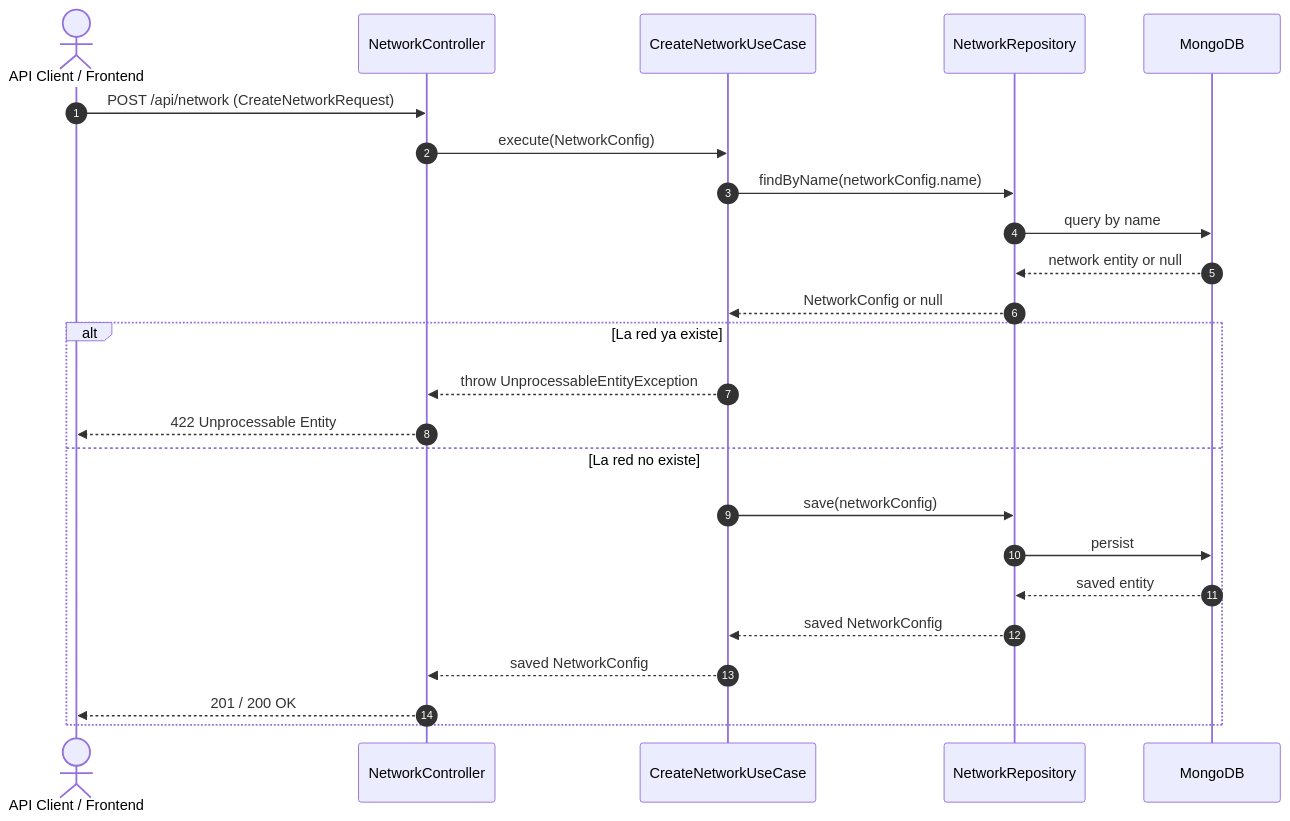
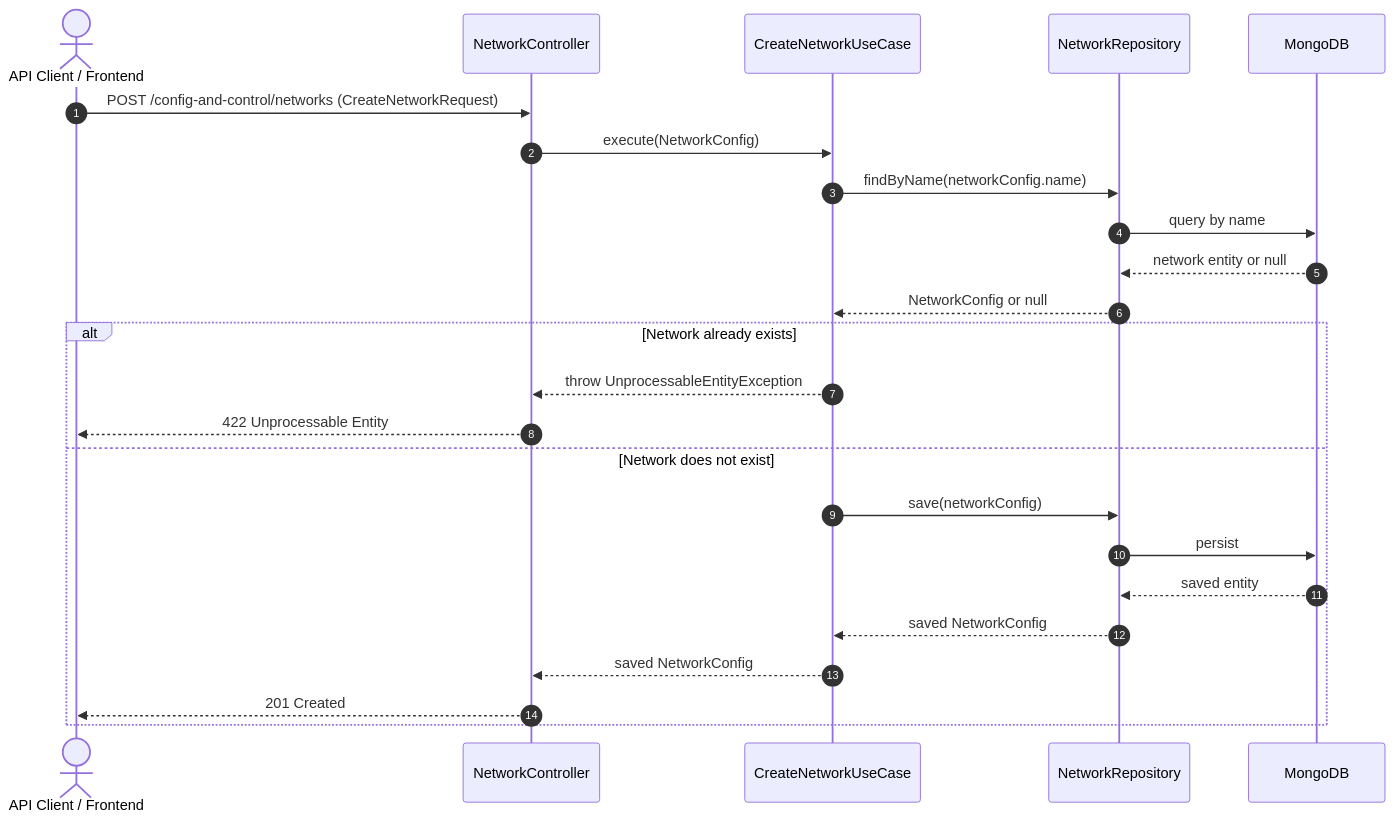
The diagram in .agents/use_cases/CreateNetworkUseCase.md (Biopatternsg-ms/config-and-control), drawn with Mermaid before and after one commit. The commit also changed other lines of this file and 16 other files, not shown here.

````diff
--- a/.agents/use_cases/CreateNetworkUseCase.md
+++ b/.agents/use_cases/CreateNetworkUseCase.md
@@ -26,27 +26,27 @@
 ```mermaid
 sequenceDiagram
     autonumber
-    actor Cliente as API Client / Frontend
+    actor Client as API Client / Frontend
     participant Controller as NetworkController
     participant UseCase as CreateNetworkUseCase
     participant Repo as NetworkRepository
     participant DB as MongoDB
 
-    Cliente->>Controller: POST /api/network (CreateNetworkRequest)
+    Client->>Controller: POST /config-and-control/networks (CreateNetworkRequest)
     Controller->>UseCase: execute(NetworkConfig)
     UseCase->>Repo: findByName(networkConfig.name)
     Repo->>DB: query by name
     DB-->>Repo: network entity or null
     Repo-->>UseCase: NetworkConfig or null
-    alt La red ya existe
+    alt Network already exists
         UseCase-->>Controller: throw UnprocessableEntityException
-        Controller-->>Cliente: 422 Unprocessable Entity
-    else La red no existe
+        Controller-->>Client: 422 Unprocessable Entity
+    else Network does not exist
         UseCase->>Repo: save(networkConfig)
         Repo->>DB: persist
         DB-->>Repo: saved entity
         Repo-->>UseCase: saved NetworkConfig
         UseCase-->>Controller: saved NetworkConfig
-        Controller-->>Cliente: 201 / 200 OK
+        Controller-->>Client: 201 Created
     end
 ```
````
